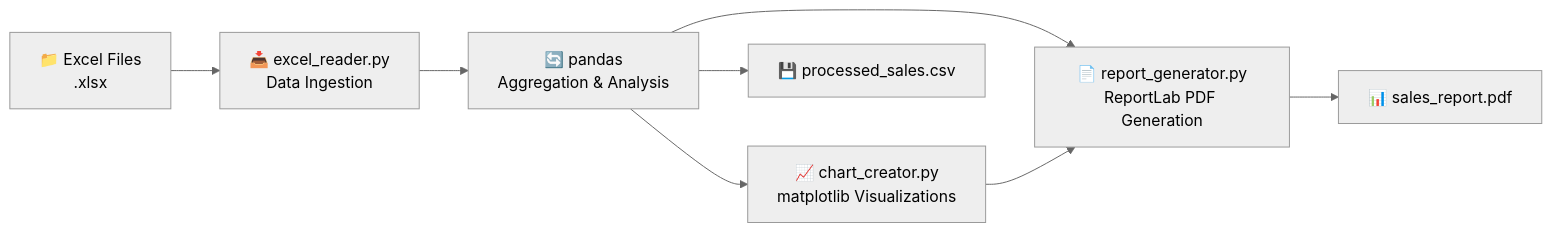
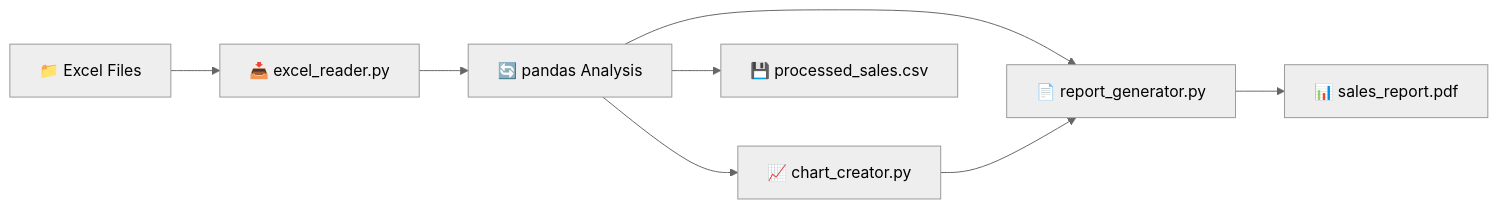
One commit to BATTLEMETAL/SalesBot changed the diagram in README.md. Above: the diagram before and after it, drawn with Mermaid (neutral theme). The commit also changed other lines of this file, not shown here.

````diff
--- a/README.md
+++ b/README.md
@@ -35,10 +35,10 @@
 ```mermaid
 graph LR
-    A[📁 Excel Files<br/>.xlsx] --> B[📥 excel_reader.py<br/>Data Ingestion]
-    B --> C[🔄 pandas<br/>Aggregation & Analysis]
-    C --> D[📈 chart_creator.py<br/>matplotlib Visualizations]
-    C --> E[📄 report_generator.py<br/>ReportLab PDF Generation]
+    A[📁 Excel Files] --> B[📥 excel_reader.py]
+    B --> C[🔄 pandas Analysis]
+    C --> D[📈 chart_creator.py]
+    C --> E[📄 report_generator.py]
     D --> E
     E --> F[📊 sales_report.pdf]
     C --> G[💾 processed_sales.csv]
 ```
````
